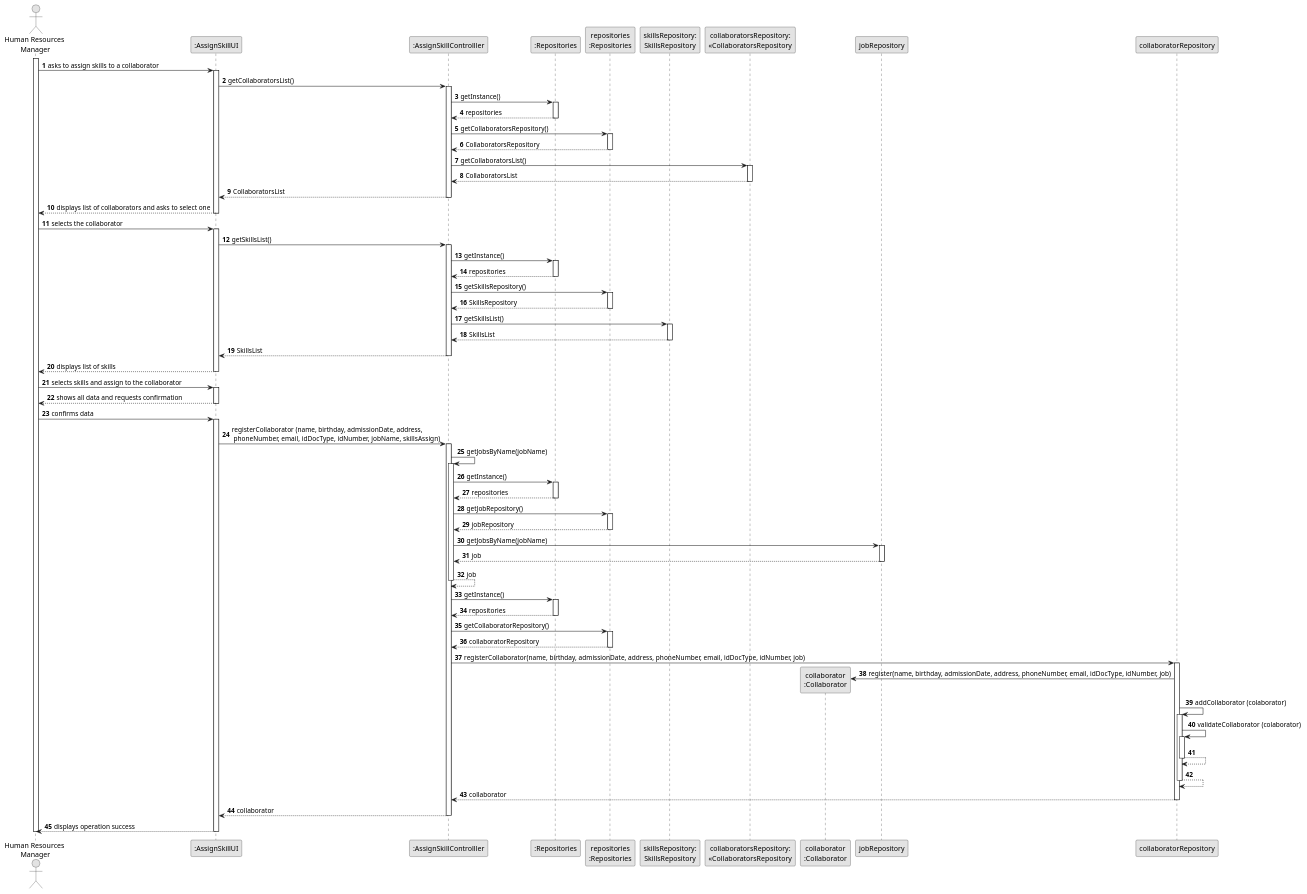
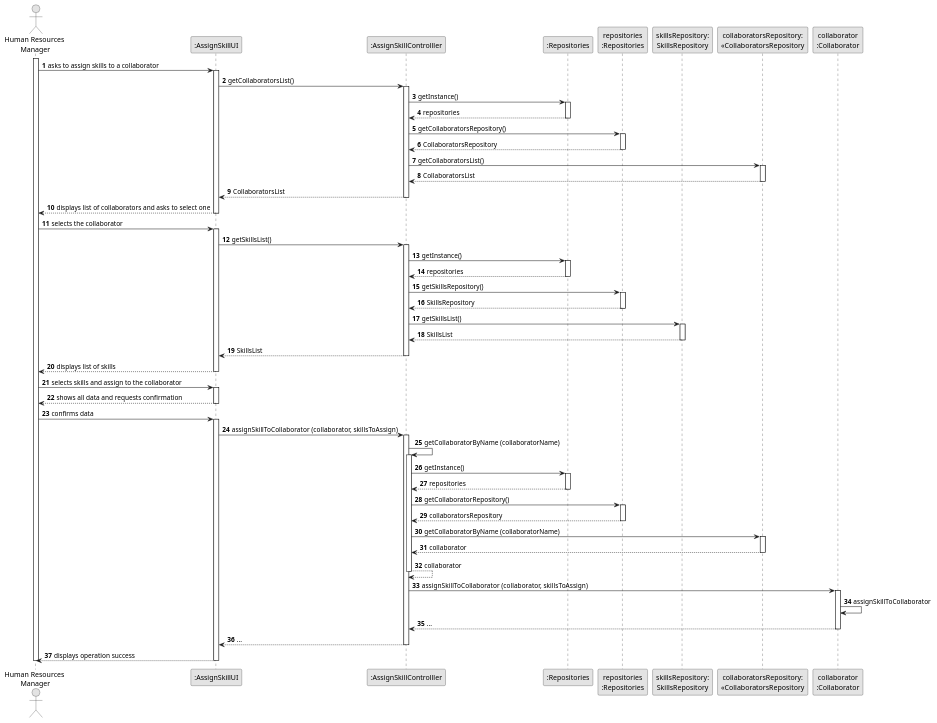
Before and after one commit to daniel41silva05/ISEP_2023_2024_LAPR2: the diagram in docs/sprintA&B/us004/03.design/puml/us004-sequence-diagram-full.puml, drawn with PlantUML. The commit also changed 1 other file, not shown here.

Commit message:
US004 - sequence diagram full

```diff
--- a/docs/sprintA&B/us004/03.design/puml/us004-sequence-diagram-full.puml
+++ b/docs/sprintA&B/us004/03.design/puml/us004-sequence-diagram-full.puml
@@ -1,157 +1,134 @@
 @startuml
 skinparam monochrome true
 skinparam packageStyle rectangle
 skinparam shadowing false
 
 autonumber
 
 'hide footbox
 actor "Human Resources\n Manager" as HRM
 participant ":AssignSkillUI" as UI
 participant ":AssignSkillControlller" as CTRL
 participant ":Repositories" as REP
 participant "repositories\n:Repositories" as REPS
 participant "skillsRepository:\nSkillsRepository" as SkillsRepository
 participant "collaboratorsRepository:\n«CollaboratorsRepository" as collaboratorsRepository
 participant "collaborator\n:Collaborator" as COLLABORATOR
 
 activate HRM
 
         HRM -> UI : asks to assign skills to a collaborator
 
         activate UI
 
         UI -> CTRL : getCollaboratorsList()
         activate CTRL
 
             CTRL -> REP : getInstance()
             activate REP
 
             REP --> CTRL: repositories
             deactivate REP
 
             CTRL -> REPS : getCollaboratorsRepository()
             activate REPS
 
             REPS --> CTRL: CollaboratorsRepository
             deactivate REPS
 
             CTRL -> collaboratorsRepository: getCollaboratorsList()
             activate collaboratorsRepository
 
             collaboratorsRepository --> CTRL : CollaboratorsList
             deactivate collaboratorsRepository
 
             CTRL --> UI : CollaboratorsList
             deactivate CTRL
 
             UI --> HRM : displays list of collaborators and asks to select one
         deactivate UI
 
     HRM -> UI : selects the collaborator
     activate UI
 
     UI -> CTRL : getSkillsList()
         activate CTRL
 
             CTRL -> REP : getInstance()
             activate REP
 
             REP --> CTRL: repositories
             deactivate REP
 
             CTRL -> REPS : getSkillsRepository()
             activate REPS
 
             REPS --> CTRL: SkillsRepository
             deactivate REPS
 
             CTRL -> SkillsRepository: getSkillsList()
             activate SkillsRepository
 
             SkillsRepository --> CTRL : SkillsList
             deactivate SkillsRepository
 
             CTRL --> UI : SkillsList
             deactivate CTRL
 
         UI --> HRM : displays list of skills
     deactivate UI
 
     HRM -> UI : selects skills and assign to the collaborator
     activate UI
 
         UI --> HRM : shows all data and requests confirmation
     deactivate UI
 
     HRM -> UI : confirms data
     activate UI
 
-        UI -> CTRL: registerCollaborator (name, birthday, admissionDate, address,\n phoneNumber, email, idDocType, idNumber, jobName, skillsAssign)
+        UI -> CTRL: assignSkillToCollaborator (collaborator, skillsToAssign)
 
                 activate CTRL
 
-                    CTRL -> CTRL: getJobsByName(jobName)
+                    CTRL -> CTRL: getCollaboratorByName (collaboratorName)
                     activate CTRL
-
-                    CTRL -> REP: getInstance()
-                    activate REP
-
-                    REP --> CTRL: repositories
-                    deactivate REP
-
-                    CTRL -> REPS: getJobRepository()
-                    activate REPS
-
-                    REPS --> CTRL: jobRepository
-                    deactivate REPS
-
-                    CTRL -> jobRepository: getJobsByName(jobName)
-                    activate jobRepository
-
-                    jobRepository --> CTRL: job
-                    deactivate jobRepository
-
-                    CTRL --> CTRL: job
-                    deactivate CTRL
 
                     CTRL -> REP: getInstance()
                     activate REP
 
                     REP --> CTRL: repositories
                     deactivate REP
 
                     CTRL -> REPS: getCollaboratorRepository()
                     activate REPS
 
-                    REPS --> CTRL: collaboratorRepository
+                    REPS --> CTRL: collaboratorsRepository
                     deactivate REPS
 
-                    CTRL -> collaboratorRepository: registerCollaborator(name, birthday, admissionDate, address, phoneNumber, email, idDocType, idNumber, job)
-                    activate collaboratorRepository
+                    CTRL -> collaboratorsRepository: getCollaboratorByName (collaboratorName)
+                    activate collaboratorsRepository
 
-                        collaboratorRepository -> COLLABORATOR** : register(name, birthday, admissionDate, address, phoneNumber, email, idDocType, idNumber, job)
+                    collaboratorsRepository --> CTRL: collaborator
+                    deactivate collaboratorsRepository
 
-                        collaboratorRepository -> collaboratorRepository: addCollaborator (colaborator)
-                        activate collaboratorRepository
+                    CTRL --> CTRL: collaborator
+                    deactivate CTRL
 
-                        collaboratorRepository -> collaboratorRepository: validateCollaborator (colaborator)
-                        activate collaboratorRepository
+                    CTRL -> COLLABORATOR: assignSkillToCollaborator (collaborator, skillsToAssign)
+                    activate COLLABORATOR
 
-                        collaboratorRepository --> collaboratorRepository
-                        deactivate collaboratorRepository
+                    COLLABORATOR -> COLLABORATOR : assignSkillToCollaborator
 
-                        collaboratorRepository --> collaboratorRepository
-                        deactivate collaboratorRepository
+                    COLLABORATOR --> CTRL : ...
+                    deactivate COLLABORATOR
 
-                    collaboratorRepository --> CTRL: collaborator
-                    deactivate collaboratorRepository
 
-                CTRL --> UI: collaborator
+                CTRL --> UI: ...
                 deactivate CTRL
             UI --> HRM: displays operation success
     deactivate UI
 
 deactivate HRM
 
 @enduml
```
